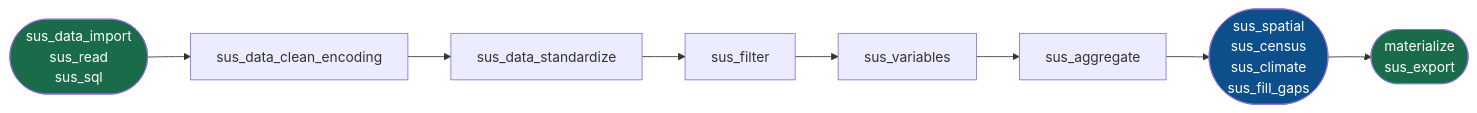
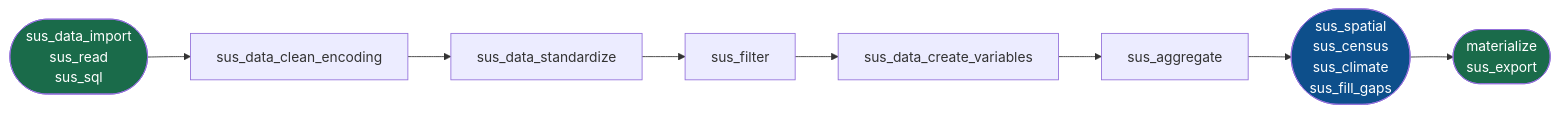
One commit to climasus/climasus4py changed the diagram in docs/pipeline-order.md. Above: the diagram before and after it, drawn with Mermaid. The commit also changed other lines of this file and 8 other files, not shown here.

Commit message:
refactor(api): rename sus_variables to sus_data_create_variables

````diff
--- a/docs/pipeline-order.md
+++ b/docs/pipeline-order.md
@@ -10,13 +10,13 @@
 ```mermaid
 flowchart LR
     A(["sus_data_import\nsus_read\nsus_sql"]) --> B[sus_data_clean_encoding]
     B --> C[sus_data_standardize]
     C --> D[sus_filter]
-    D --> E[sus_variables]
+    D --> E[sus_data_create_variables]
     E --> F[sus_aggregate]
     F --> G(["sus_spatial\nsus_census\nsus_climate\nsus_fill_gaps"])
     G --> H(["materialize\nsus_export"])
     style A fill:#1a6b4a,color:#fff
     style H fill:#1a6b4a,color:#fff
     style G fill:#0d4f8b,color:#fff
 ```
````
